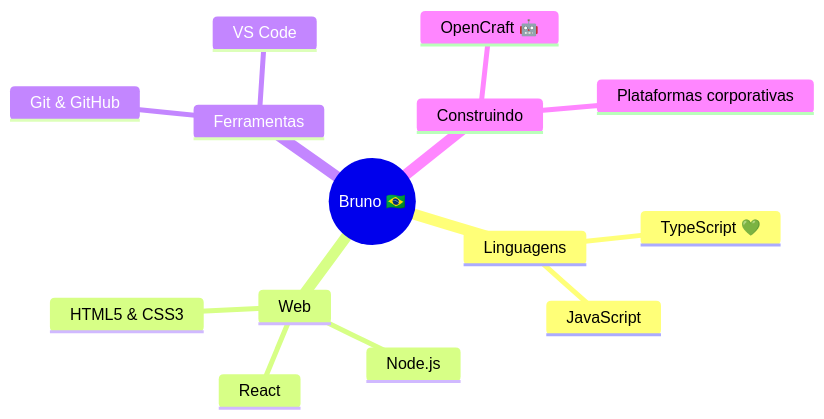
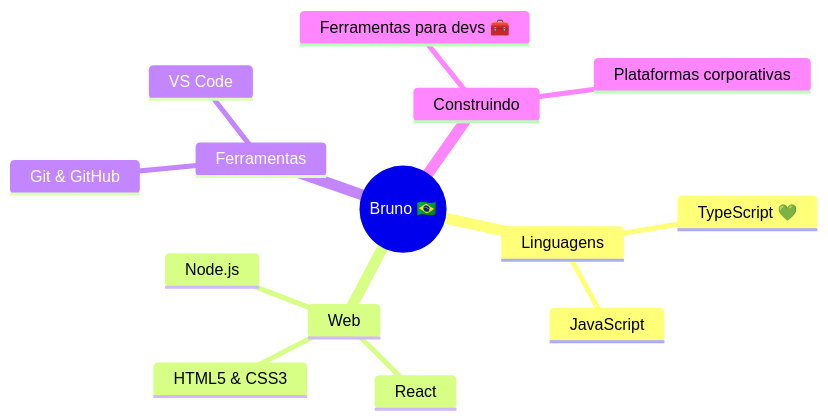
One commit to editzffaleta/editzffaleta changed the diagram in README.md. Above: the diagram before and after it, drawn with Mermaid. The commit also changed other lines of this file, not shown here.

````diff
--- a/README.md
+++ b/README.md
@@ -76,17 +90,17 @@
 ```mermaid
 mindmap
   root((Bruno 🇧🇷))
     Linguagens
       TypeScript 💚
       JavaScript
     Web
       React
       Node.js
       HTML5 & CSS3
     Ferramentas
       Git & GitHub
       VS Code
     Construindo
-      OpenCraft 🤖
+      Ferramentas para devs 🧰
       Plataformas corporativas
 ```
````
